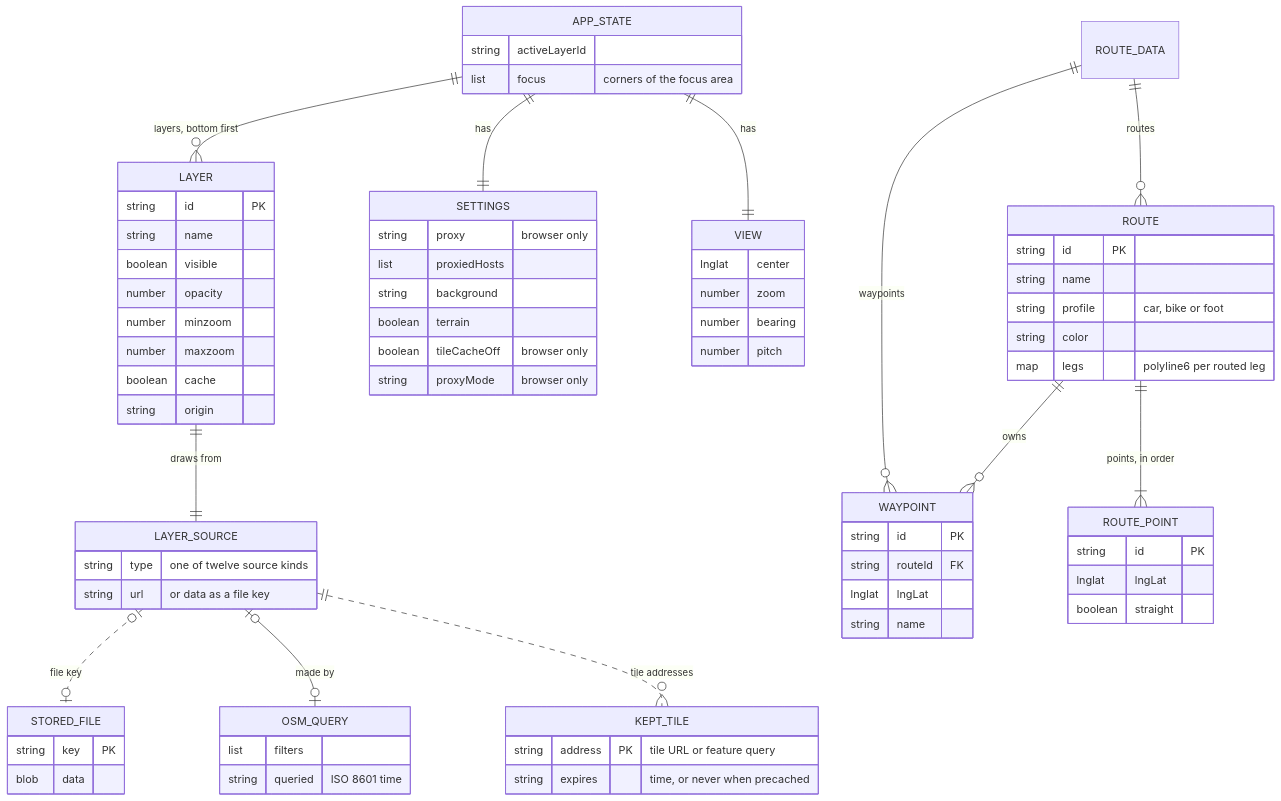
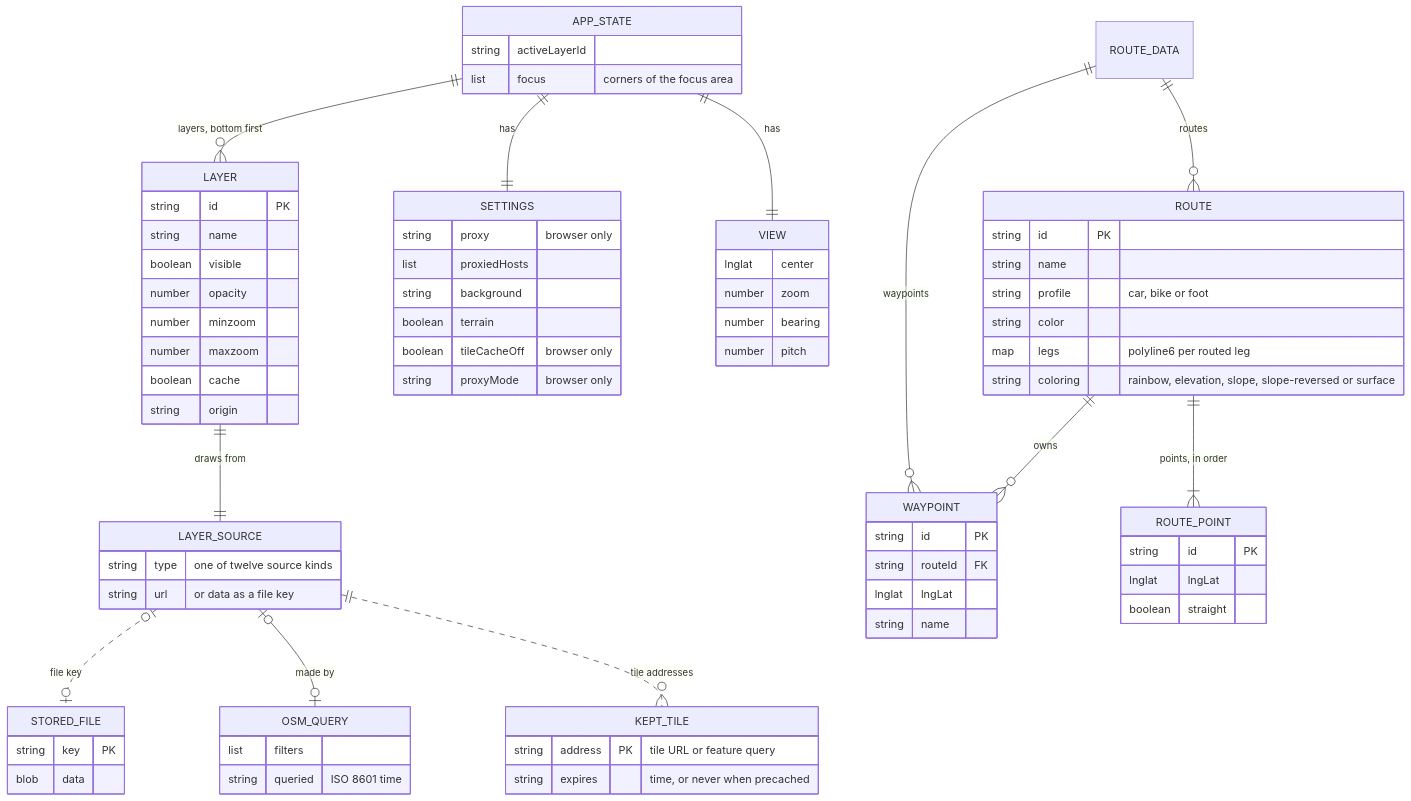
The third of 3 diagrams in .github/architecture.md (c0dev0id/LayerSlayer), drawn with Mermaid before and after one commit. The commit also changed other lines of this file and 8 other files, not shown here.

````diff
--- a/.github/architecture.md
+++ b/.github/architecture.md
@@ -88,77 +90,78 @@
 ```mermaid
 erDiagram
   APP_STATE ||--o{ LAYER : "layers, bottom first"
   APP_STATE ||--|| SETTINGS : has
   APP_STATE ||--|| VIEW : has
   LAYER ||--|| LAYER_SOURCE : "draws from"
   LAYER_SOURCE |o..o| STORED_FILE : "file key"
   LAYER_SOURCE |o--o| OSM_QUERY : "made by"
   LAYER_SOURCE ||..o{ KEPT_TILE : "tile addresses"
   ROUTE_DATA ||--o{ ROUTE : routes
   ROUTE_DATA ||--o{ WAYPOINT : waypoints
   ROUTE ||--|{ ROUTE_POINT : "points, in order"
   ROUTE ||--o{ WAYPOINT : owns
 
   APP_STATE {
     string activeLayerId
     list focus "corners of the focus area"
   }
   SETTINGS {
     string proxy "browser only"
     list proxiedHosts
     string background
     boolean terrain
     boolean tileCacheOff "browser only"
     string proxyMode "browser only"
   }
   VIEW {
     lnglat center
     number zoom
     number bearing
     number pitch
   }
   LAYER {
     string id PK
     string name
     boolean visible
     number opacity
     number minzoom
     number maxzoom
     boolean cache
     string origin
   }
   LAYER_SOURCE {
     string type "one of twelve source kinds"
     string url "or data as a file key"
   }
   OSM_QUERY {
     list filters
     string queried "ISO 8601 time"
   }
   STORED_FILE {
     string key PK
     blob data
   }
   KEPT_TILE {
     string address PK "tile URL or feature query"
     string expires "time, or never when precached"
   }
   ROUTE {
     string id PK
     string name
     string profile "car, bike or foot"
     string color
     map legs "polyline6 per routed leg"
+    string coloring "rainbow, elevation, slope, slope-reversed or surface"
   }
   ROUTE_POINT {
     string id PK
     lnglat lngLat
     boolean straight
   }
   WAYPOINT {
     string id PK
     string routeId FK
     lnglat lngLat
     string name
   }
 ```
````
